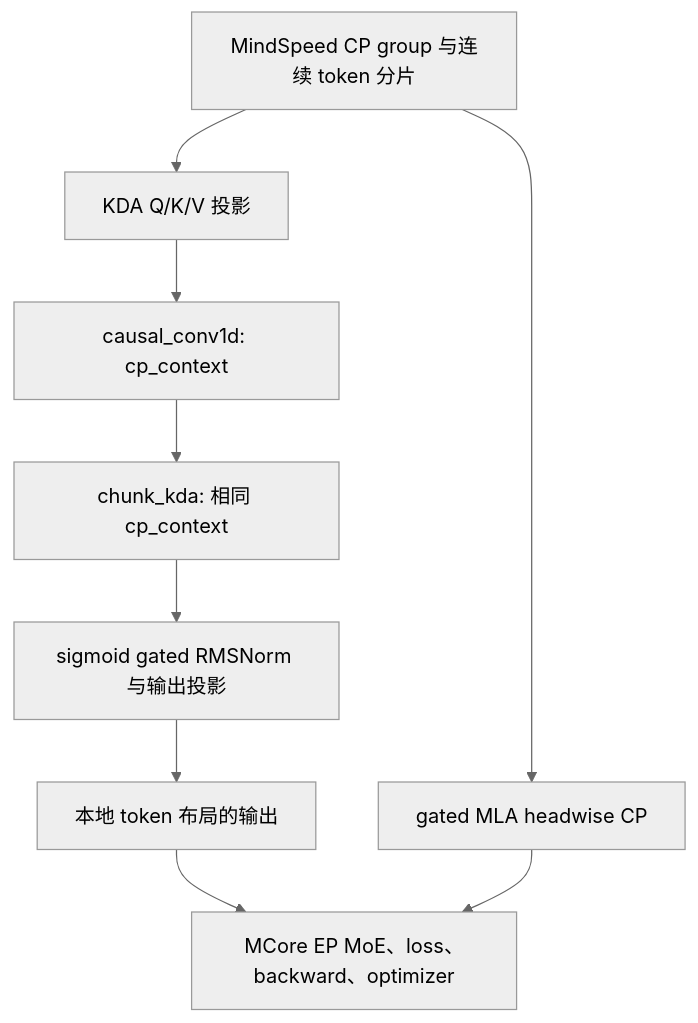
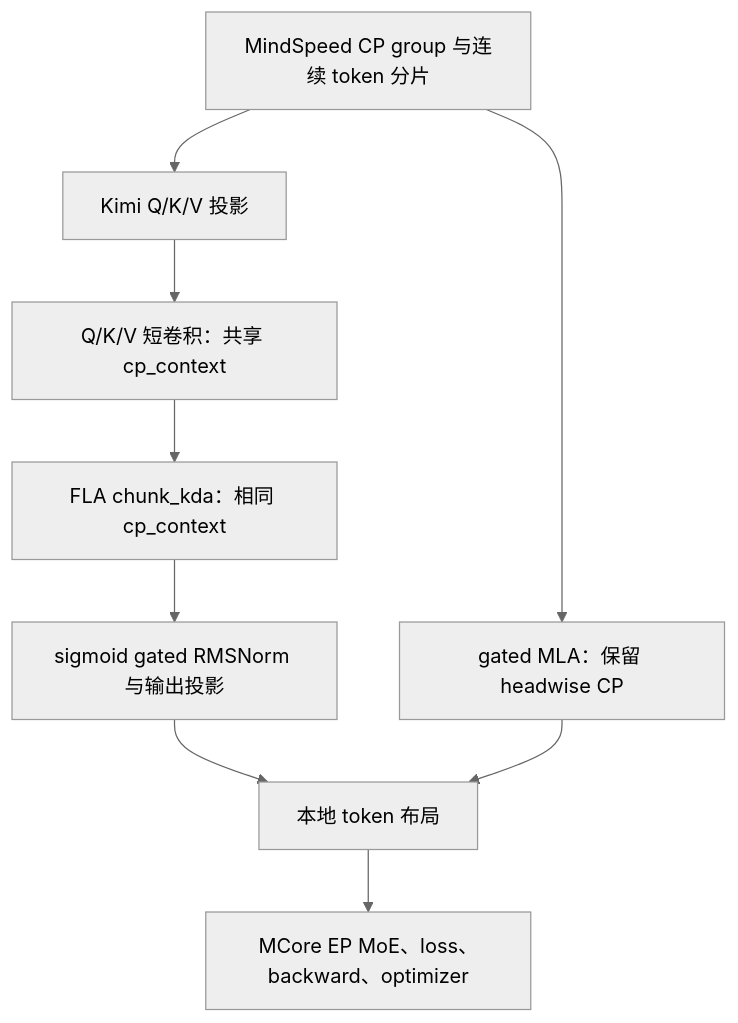
One commit to Ascend-TechDev/MindSpeed changed the diagram in docs/zh/features/kimi-fla-chunkwise-cp.md. Above: the diagram before and after it, drawn with Mermaid (neutral theme). The commit also changed other lines of this file and 1 other file, not shown here.

Commit message:
docs: explain Kimi chunkwise CP pull requests and validation

````diff
--- a/docs/zh/features/kimi-fla-chunkwise-cp.md
+++ b/docs/zh/features/kimi-fla-chunkwise-cp.md
@@ -20,11 +31,11 @@
 ```mermaid
 flowchart TD
-    A[MindSpeed CP group 与连续 token 分片] --> B[KDA Q/K/V 投影]
-    B --> C[causal_conv1d: cp_context]
-    C --> D[chunk_kda: 相同 cp_context]
+    A[MindSpeed CP group 与连续 token 分片] --> B[Kimi Q/K/V 投影]
+    B --> C[Q/K/V 短卷积：共享 cp_context]
+    C --> D[FLA chunk_kda：相同 cp_context]
     D --> E[sigmoid gated RMSNorm 与输出投影]
-    E --> F[本地 token 布局的输出]
-    F --> G[MCore EP MoE、loss、backward、optimizer]
-    A --> H[gated MLA headwise CP]
-    H --> G
+    E --> F[本地 token 布局]
+    A --> G[gated MLA：保留 headwise CP]
+    G --> F
+    F --> H[MCore EP MoE、loss、backward、optimizer]
 ```
````
